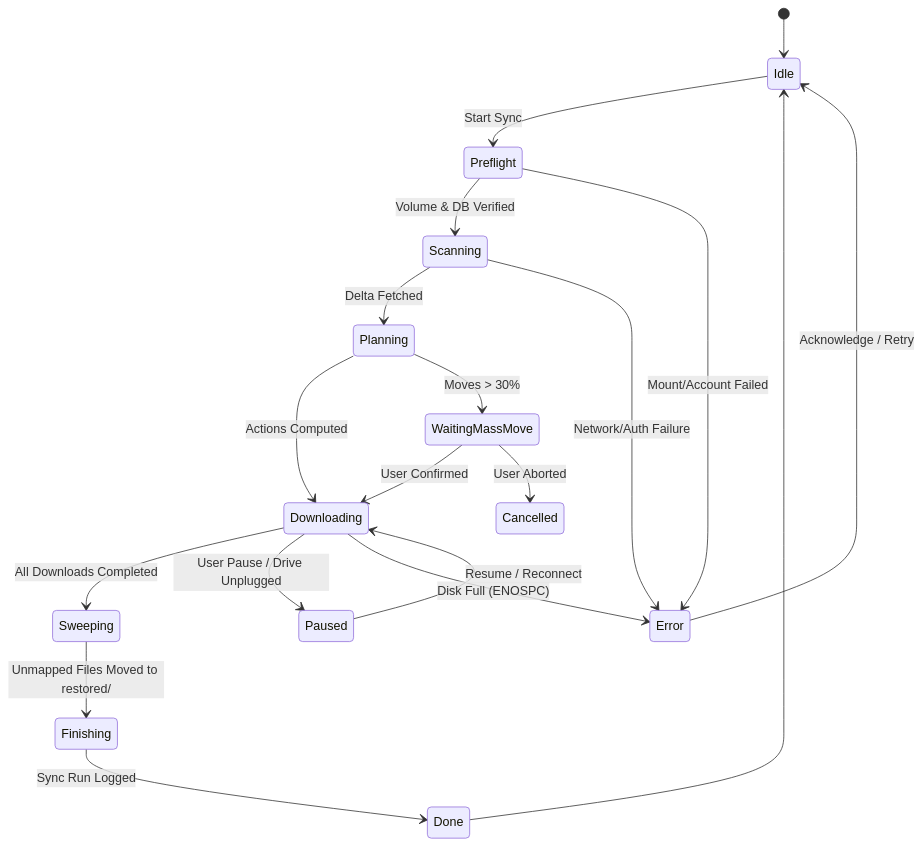
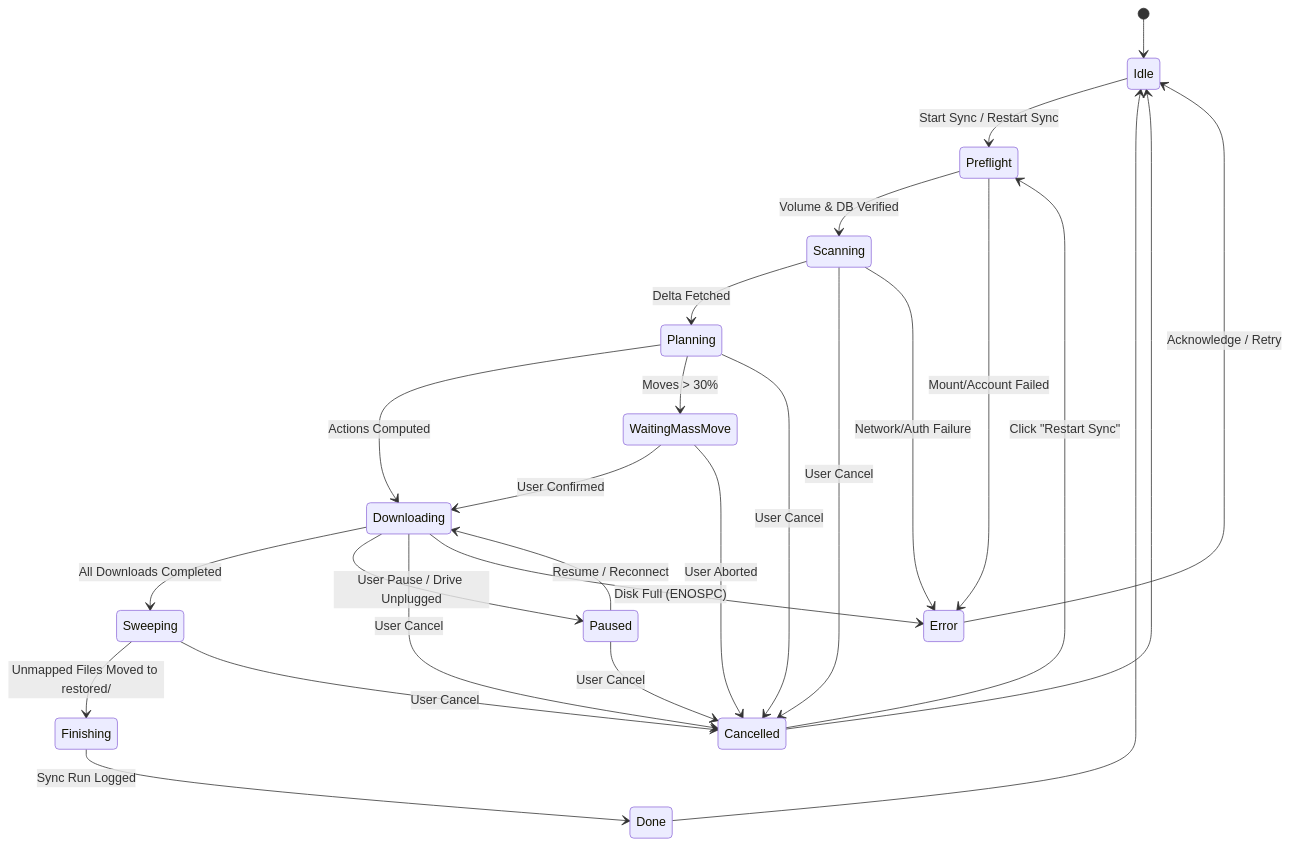
One commit to sibansal/onesync changed the fourth of 5 diagrams in docs/ARCHITECTURE.md. Above: the diagram before and after it, drawn with Mermaid. The commit also changed 12 other files, not shown here.

Commit message:
fix: resolve cancel restart flow, enforce 800px min window height, and update documentation

````diff
--- a/docs/ARCHITECTURE.md
+++ b/docs/ARCHITECTURE.md
@@ -111,25 +111,32 @@
 ```mermaid
 stateDiagram-v2
     [*] --> Idle
-    Idle --> Preflight : Start Sync
+    Idle --> Preflight : Start Sync / Restart Sync
     Preflight --> Scanning : Volume & DB Verified
     Preflight --> Error : Mount/Account Failed
 
     Scanning --> Planning : Delta Fetched
+    Scanning --> Cancelled : User Cancel
     Scanning --> Error : Network/Auth Failure
 
     Planning --> Downloading : Actions Computed
     Planning --> WaitingMassMove : Moves > 30%
+    Planning --> Cancelled : User Cancel
     WaitingMassMove --> Downloading : User Confirmed
     WaitingMassMove --> Cancelled : User Aborted
 
     Downloading --> Sweeping : All Downloads Completed
     Downloading --> Paused : User Pause / Drive Unplugged
+    Downloading --> Cancelled : User Cancel
     Paused --> Downloading : Resume / Reconnect
+    Paused --> Cancelled : User Cancel
     Downloading --> Error : Disk Full (ENOSPC)
 
     Sweeping --> Finishing : Unmapped Files Moved to restored/
+    Sweeping --> Cancelled : User Cancel
     Finishing --> Done : Sync Run Logged
     Done --> Idle
+    Cancelled --> Preflight : Click "Restart Sync"
+    Cancelled --> Idle
     Error --> Idle : Acknowledge / Retry
 ```
````
